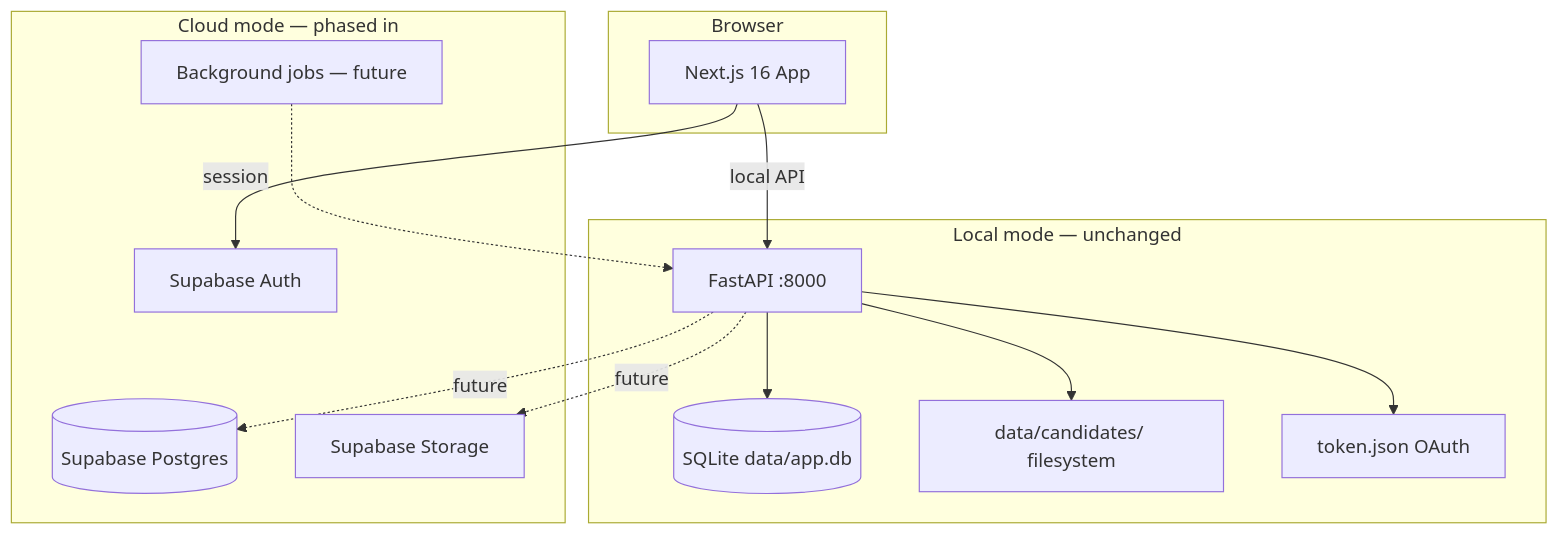
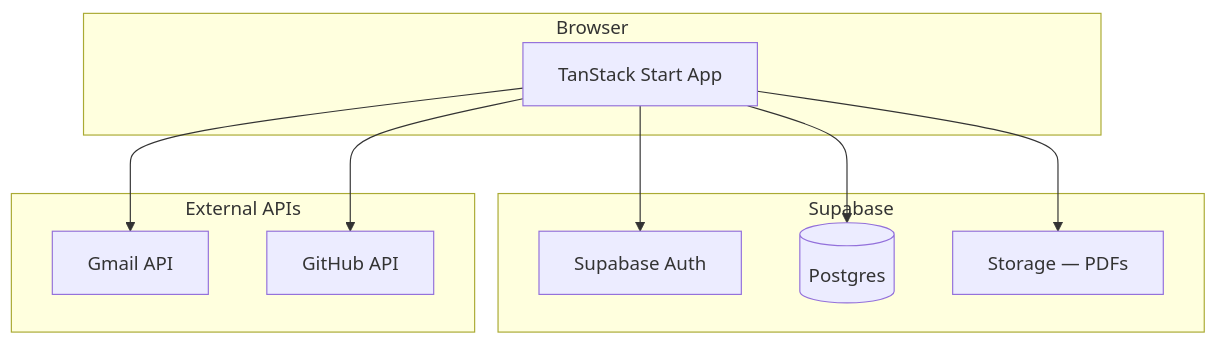
One commit to sprmke/kame-pick changed the diagram in docs/architecture.md. Above: the diagram before and after it, drawn with Mermaid. The commit also changed other lines of this file and 180 other files, not shown here.

First line of the commit message:
Complete cloud-first migration and fix Gmail attachment sync.

````diff
--- a/docs/architecture.md
+++ b/docs/architecture.md
@@ -7,29 +7,23 @@
 ```mermaid
 flowchart TB
   subgraph client [Browser]
-    Web[Next.js 16 App]
+    App[TanStack Start App]
   end
 
-  subgraph local [Local mode — unchanged]
-    API[FastAPI :8000]
-    SQLite[(SQLite data/app.db)]
-    FS[data/candidates/ filesystem]
-    GmailLocal[token.json OAuth]
+  subgraph cloud [Supabase]
+    Auth[Supabase Auth]
+    DB[(Postgres)]
+    Store[Storage — PDFs]
   end
 
-  subgraph cloud [Cloud mode — phased in]
-    SupaAuth[Supabase Auth]
-    SupaDB[(Supabase Postgres)]
-    SupaStore[Supabase Storage]
-    Jobs[Background jobs — future]
+  subgraph external [External APIs]
+    Gmail[Gmail API]
+    GitHub[GitHub API]
   end
 
-  Web -->|local API| API
-  Web -->|session| SupaAuth
-  API --> SQLite
-  API --> FS
-  API --> GmailLocal
-  API -.->|future| SupaDB
-  API -.->|future| SupaStore
-  Jobs -.-> API
+  App --> Auth
+  App --> DB
+  App --> Store
+  App --> Gmail
+  App --> GitHub
 ```
````
